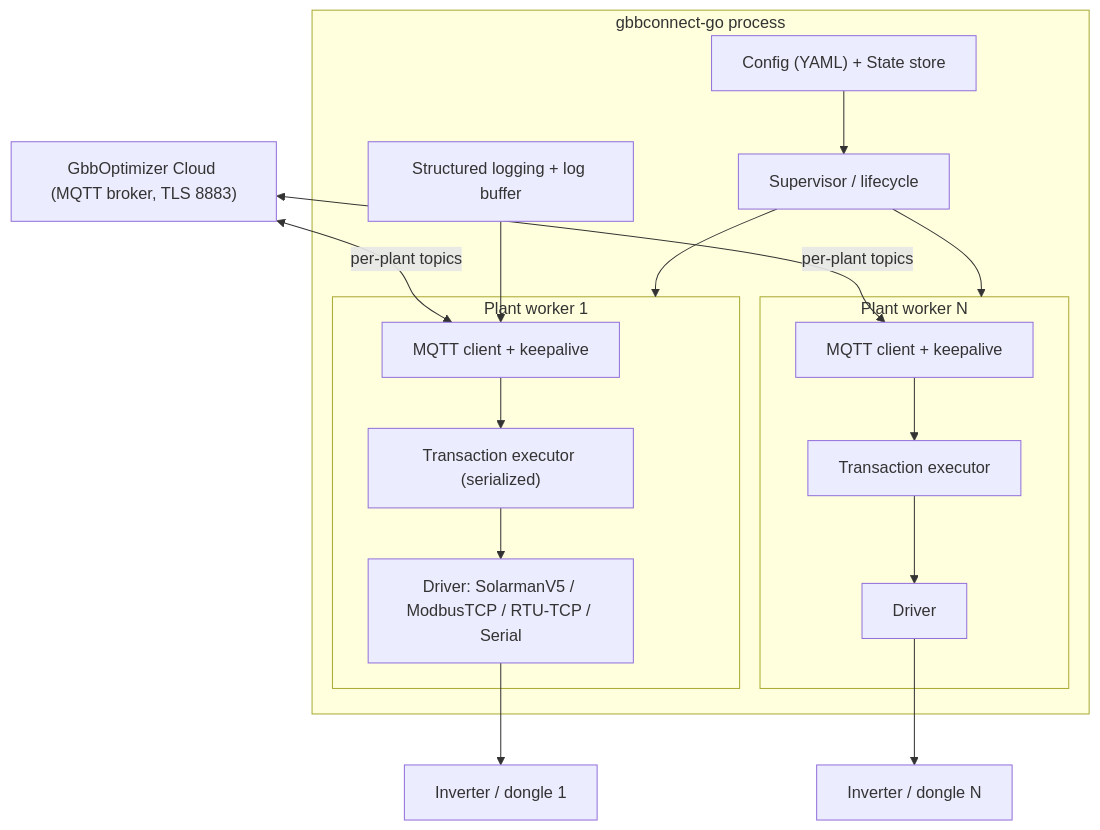
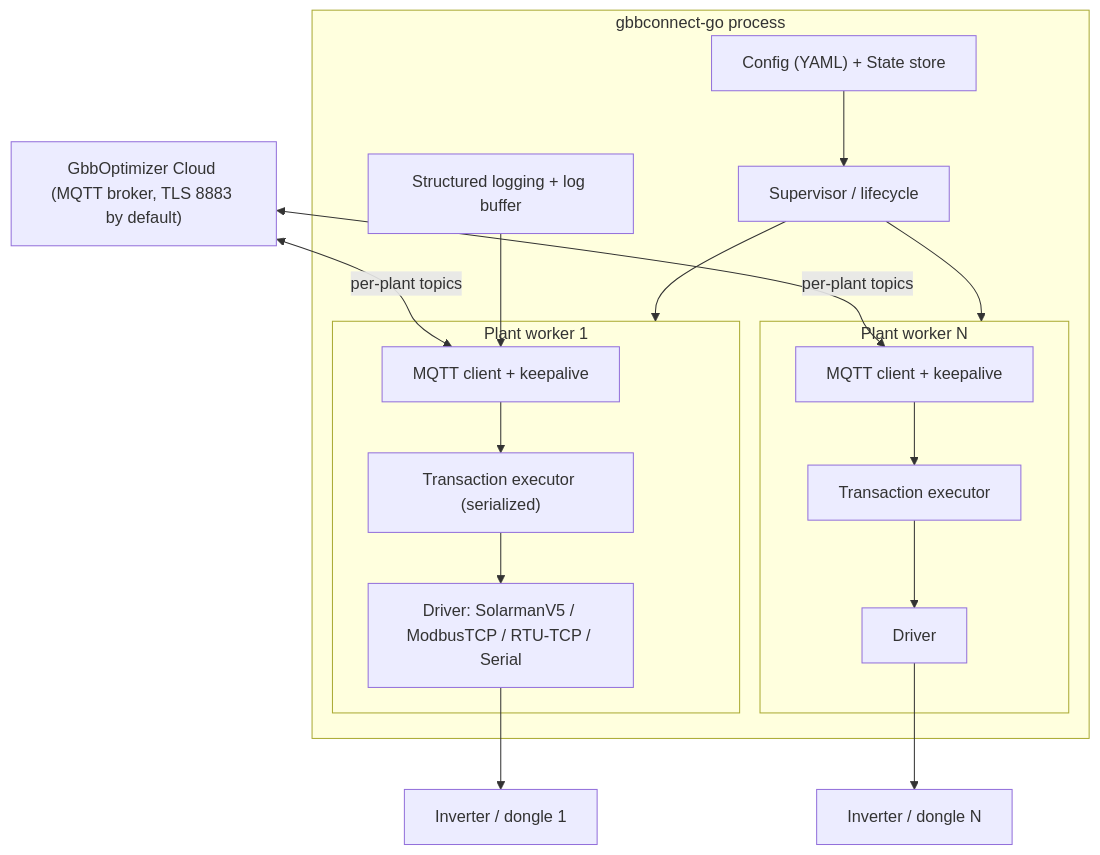
Before and after one commit to KrzysztofHajdamowicz/gbbconnect-go: the first of 3 diagrams in docs/01-architecture.md, drawn with Mermaid. The commit also changed other lines of this file and 23 other files, not shown here.

First line of the commit message:
Add plaintext MQTT cloud connections via use_tls

````diff
--- a/docs/01-architecture.md
+++ b/docs/01-architecture.md
@@ -14,32 +14,32 @@
 ```mermaid
 flowchart TB
-    cloud["GbbOptimizer Cloud (MQTT broker, TLS 8883)"]
+    cloud["GbbOptimizer Cloud (MQTT broker, TLS 8883 by default)"]
 
     subgraph app [gbbconnect-go process]
         supervisor["Supervisor / lifecycle"]
         subgraph plant1 [Plant worker 1]
             mqtt1["MQTT client + keepalive"]
             exec1["Transaction executor (serialized)"]
             drv1["Driver: SolarmanV5 / ModbusTCP / RTU-TCP / Serial"]
         end
         subgraph plantN [Plant worker N]
             mqttN["MQTT client + keepalive"]
             execN["Transaction executor"]
             drvN["Driver"]
         end
         cfg["Config (YAML) + State store"]
         logging["Structured logging + log buffer"]
     end
 
     inv1["Inverter / dongle 1"]
     invN["Inverter / dongle N"]
 
     cloud <-->|"per-plant topics"| mqtt1
     cloud <-->|"per-plant topics"| mqttN
     mqtt1 --> exec1 --> drv1 --> inv1
     mqttN --> execN --> drvN --> invN
     supervisor --> plant1
     supervisor --> plantN
     cfg --> supervisor
     logging --> mqtt1
 ```
````
